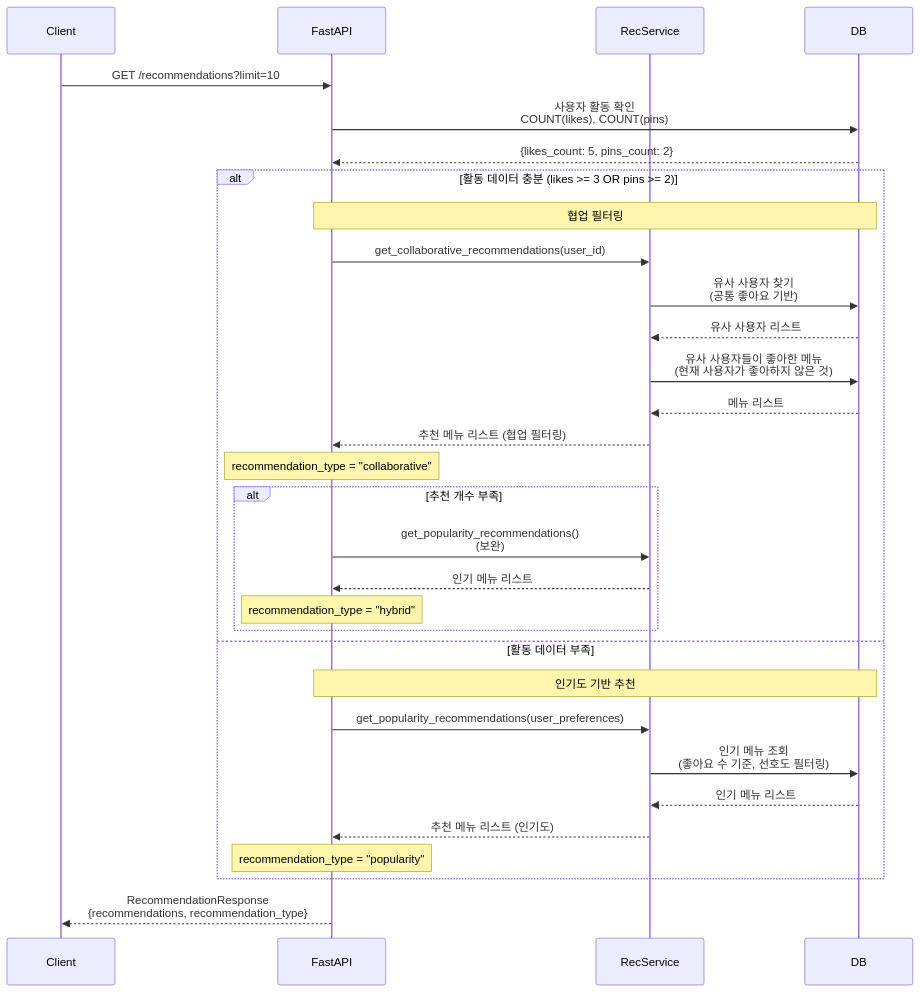
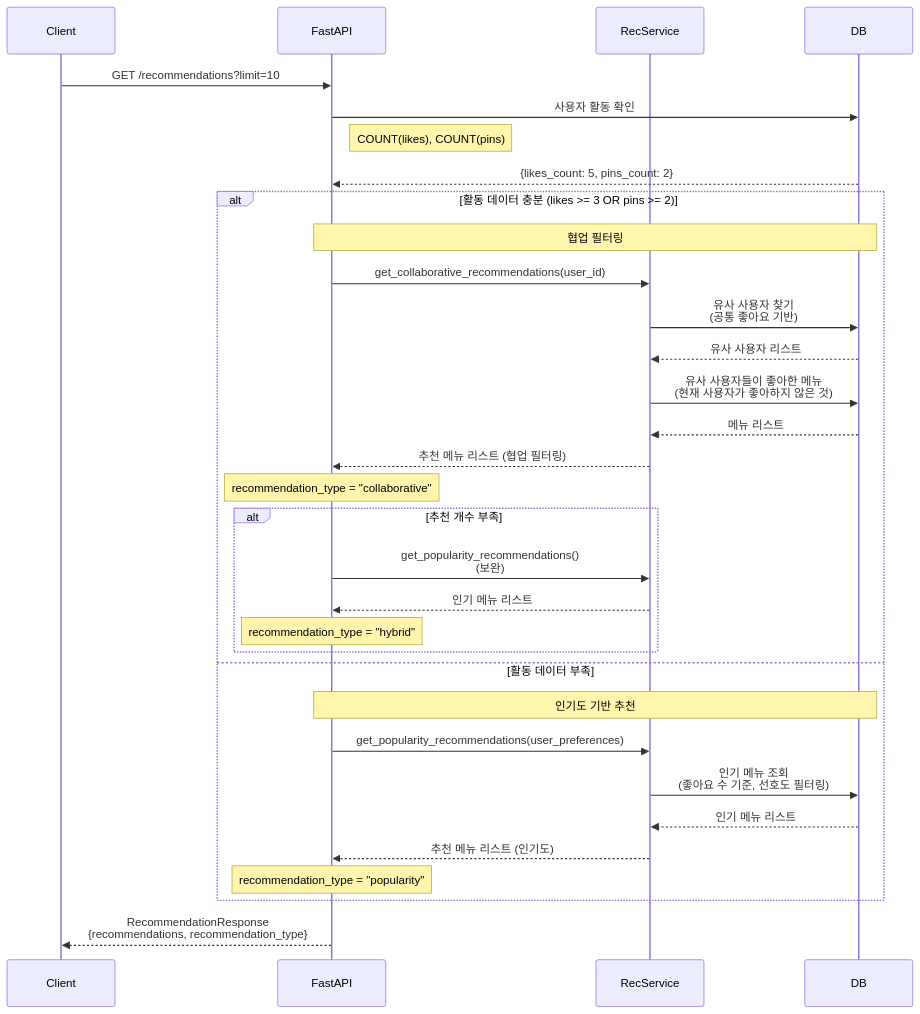
Before and after one commit to WoongHeeHee/DX_project: the fifth of 7 diagrams in backend/SYSTEM_ARCHITECTURE.md, drawn with Mermaid. The commit also changed other lines of this file and 136 other files, not shown here.

````diff
--- a/backend/SYSTEM_ARCHITECTURE.md
+++ b/backend/SYSTEM_ARCHITECTURE.md
@@ -245,39 +331,40 @@
 ```mermaid
 sequenceDiagram
     participant Client
     participant FastAPI
     participant RecService
     participant DB
 
     Client->>FastAPI: GET /recommendations?limit=10
-    FastAPI->>DB: 사용자 활동 확인<br/>COUNT(likes), COUNT(pins)
+    FastAPI->>DB: 사용자 활동 확인
+    Note right of FastAPI: COUNT(likes), COUNT(pins)
     DB-->>FastAPI: {likes_count: 5, pins_count: 2}
     
     alt 활동 데이터 충분 (likes >= 3 OR pins >= 2)
         Note over FastAPI,DB: 협업 필터링
         FastAPI->>RecService: get_collaborative_recommendations(user_id)
         RecService->>DB: 유사 사용자 찾기<br/>(공통 좋아요 기반)
         DB-->>RecService: 유사 사용자 리스트
         
         RecService->>DB: 유사 사용자들이 좋아한 메뉴<br/>(현재 사용자가 좋아하지 않은 것)
         DB-->>RecService: 메뉴 리스트
         RecService-->>FastAPI: 추천 메뉴 리스트 (협업 필터링)
         Note over FastAPI: recommendation_type = "collaborative"
         
         alt 추천 개수 부족
             FastAPI->>RecService: get_popularity_recommendations()<br/>(보완)
             RecService-->>FastAPI: 인기 메뉴 리스트
             Note over FastAPI: recommendation_type = "hybrid"
         end
         
     else 활동 데이터 부족
         Note over FastAPI,DB: 인기도 기반 추천
         FastAPI->>RecService: get_popularity_recommendations(user_preferences)
         RecService->>DB: 인기 메뉴 조회<br/>(좋아요 수 기준, 선호도 필터링)
         DB-->>RecService: 인기 메뉴 리스트
         RecService-->>FastAPI: 추천 메뉴 리스트 (인기도)
         Note over FastAPI: recommendation_type = "popularity"
     end
     
     FastAPI-->>Client: RecommendationResponse<br/>{recommendations, recommendation_type}
 ```
````
